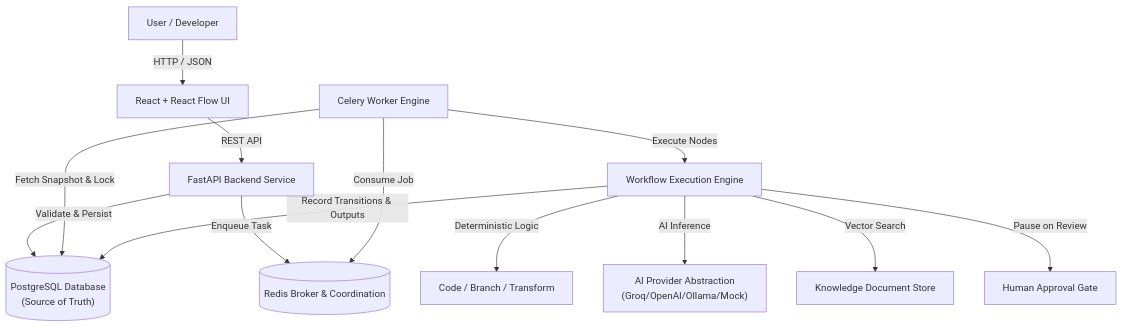
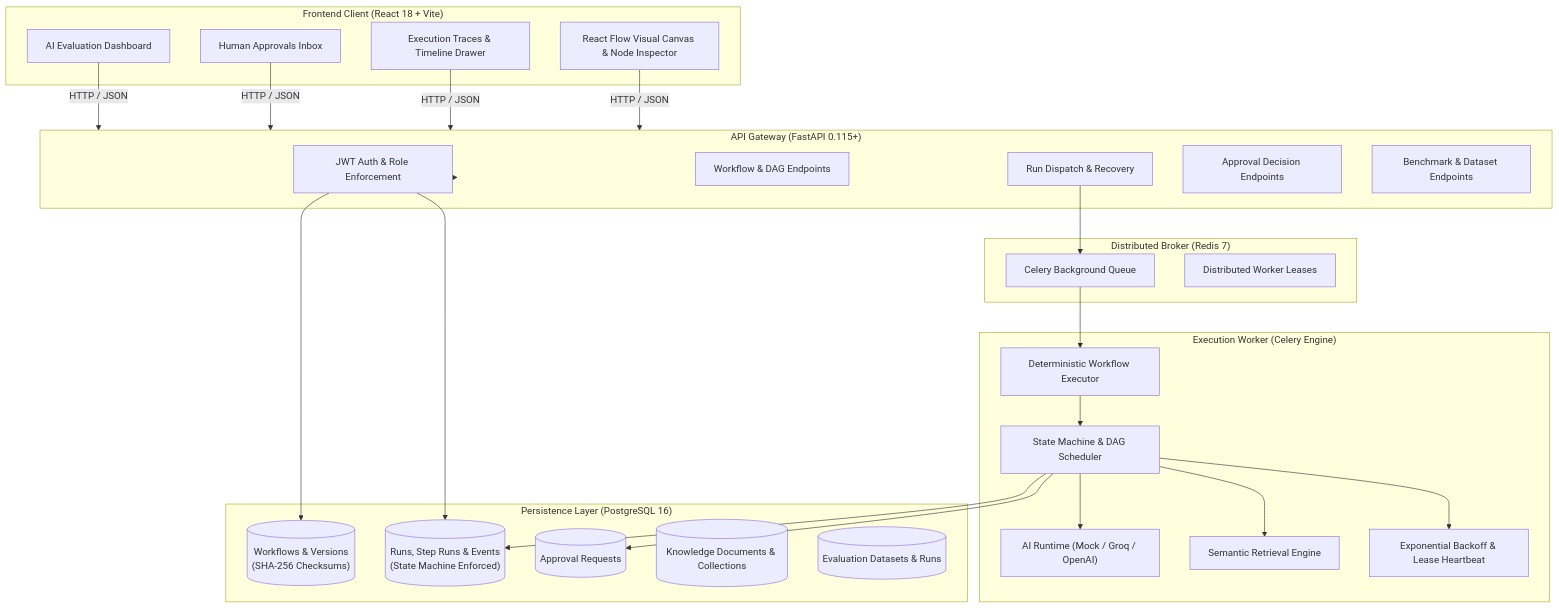
Before and after one commit to crazycodeop/flowforge-ai: the diagram in docs/architecture.md, drawn with Mermaid. The commit also changed other lines of this file and 38 other files, not shown here.

Commit message:
feat: complete all milestones and release FlowForge AI

````diff
--- a/docs/architecture.md
+++ b/docs/architecture.md
@@ -7,15 +9,56 @@
 ```mermaid
 flowchart TD
-    User["User / Developer"] -->|HTTP / JSON| Frontend["React + React Flow UI"]
-    Frontend -->|REST API| API["FastAPI Backend Service"]
-    API -->|Validate & Persist| PG[("PostgreSQL Database\n(Source of Truth)")]
-    API -->|Enqueue Task| Redis[("Redis Broker & Coordination")]
-    Worker["Celery Worker Engine"] -->|Consume Job| Redis
-    Worker -->|Fetch Snapshot & Lock| PG
-    Worker -->|Execute Nodes| Engine["Workflow Execution Engine"]
-    Engine -->|Deterministic Logic| DetNodes["Code / Branch / Transform"]
-    Engine -->|AI Inference| AIProv["AI Provider Abstraction\n(Groq/OpenAI/Ollama/Mock)"]
-    Engine -->|Vector Search| DocStore["Knowledge Document Store"]
-    Engine -->|Pause on Review| ApprovalGate["Human Approval Gate"]
-    Engine -->|Record Transitions & Outputs| PG
+    subgraph Client ["Frontend Client (React 18 + Vite)"]
+        UI["React Flow Visual Canvas & Node Inspector"]
+        RunsUI["Execution Traces & Timeline Drawer"]
+        ApprUI["Human Approvals Inbox"]
+        EvalUI["AI Evaluation Dashboard"]
+    end
+
+    subgraph Gateway ["API Gateway (FastAPI 0.115+)"]
+        AuthMid["JWT Auth & Role Enforcement"]
+        WfRoutes["Workflow & DAG Endpoints"]
+        RunRoutes["Run Dispatch & Recovery"]
+        ApprRoutes["Approval Decision Endpoints"]
+        EvalRoutes["Benchmark & Dataset Endpoints"]
+    end
+
+    subgraph DataPlane ["Persistence Layer (PostgreSQL 16)"]
+        WfStore[("Workflows & Versions\n(SHA-256 Checksums)")]
+        RunStore[("Runs, Step Runs & Events\n(State Machine Enforced)")]
+        ApprStore[("Approval Requests")]
+        KbStore[("Knowledge Documents & Collections")]
+        EvalStore[("Evaluation Datasets & Runs")]
+    end
+
+    subgraph QueuePlane ["Distributed Broker (Redis 7)"]
+        TaskQueue["Celery Background Queue"]
+        LeaseLock["Distributed Worker Leases"]
+    end
+
+    subgraph WorkerPlane ["Execution Worker (Celery Engine)"]
+        WorkerEngine["Deterministic Workflow Executor"]
+        StateMachine["State Machine & DAG Scheduler"]
+        AIRuntime["AI Runtime (Mock / Groq / OpenAI)"]
+        RetEngine["Semantic Retrieval Engine"]
+        RetryEngine["Exponential Backoff & Lease Heartbeat"]
+    end
+
+    UI -->|HTTP / JSON| Gateway
+    RunsUI -->|HTTP / JSON| Gateway
+    ApprUI -->|HTTP / JSON| Gateway
+    EvalUI -->|HTTP / JSON| Gateway
+
+    Gateway --> AuthMid
+    AuthMid --> WfStore
+    AuthMid --> RunStore
+    RunRoutes --> TaskQueue
+
+    TaskQueue --> WorkerEngine
+    WorkerEngine --> StateMachine
+    StateMachine --> AIRuntime
+    StateMachine --> RetEngine
+    StateMachine --> RetryEngine
+    StateMachine --> RunStore
+    StateMachine --> ApprStore
 ```
````
